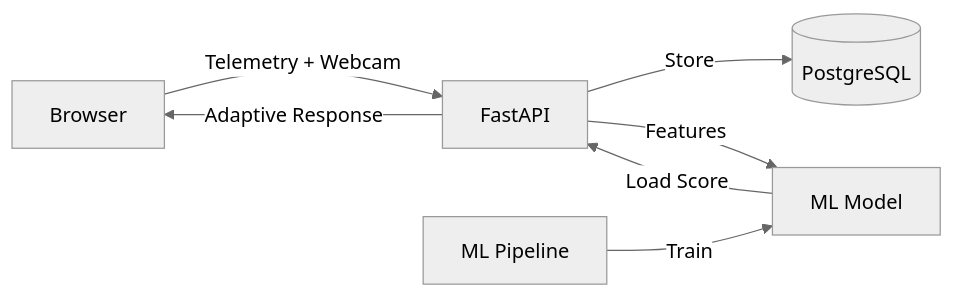
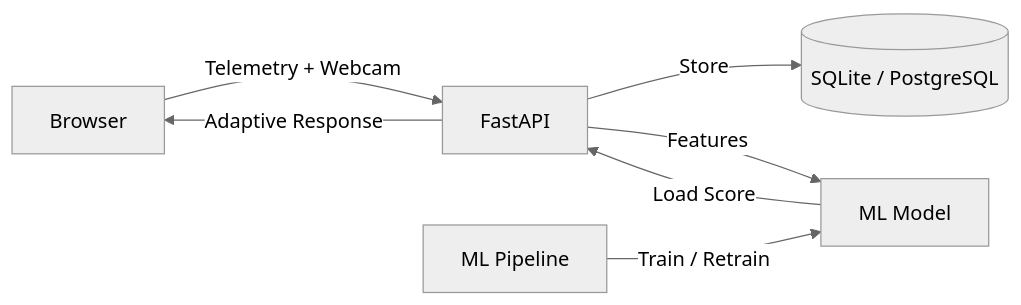
One commit to Chidex-umeasa/Adaptive-learning-via-CLE changed the diagram in README.md. Above: the diagram before and after it, drawn with Mermaid (neutral theme). The commit also changed other lines of this file and 14 other files, not shown here.

````diff
--- a/README.md
+++ b/README.md
@@ -9,9 +9,9 @@
 ```mermaid
 graph LR
     A[Browser] -->|Telemetry + Webcam| B[FastAPI]
-    B -->|Store| C[(PostgreSQL)]
+    B -->|Store| C[(SQLite / PostgreSQL)]
     B -->|Features| D[ML Model]
     D -->|Load Score| B
     B -->|Adaptive Response| A
-    E[ML Pipeline] -->|Train| D
+    E[ML Pipeline] -->|Train / Retrain| D
 ```
````
